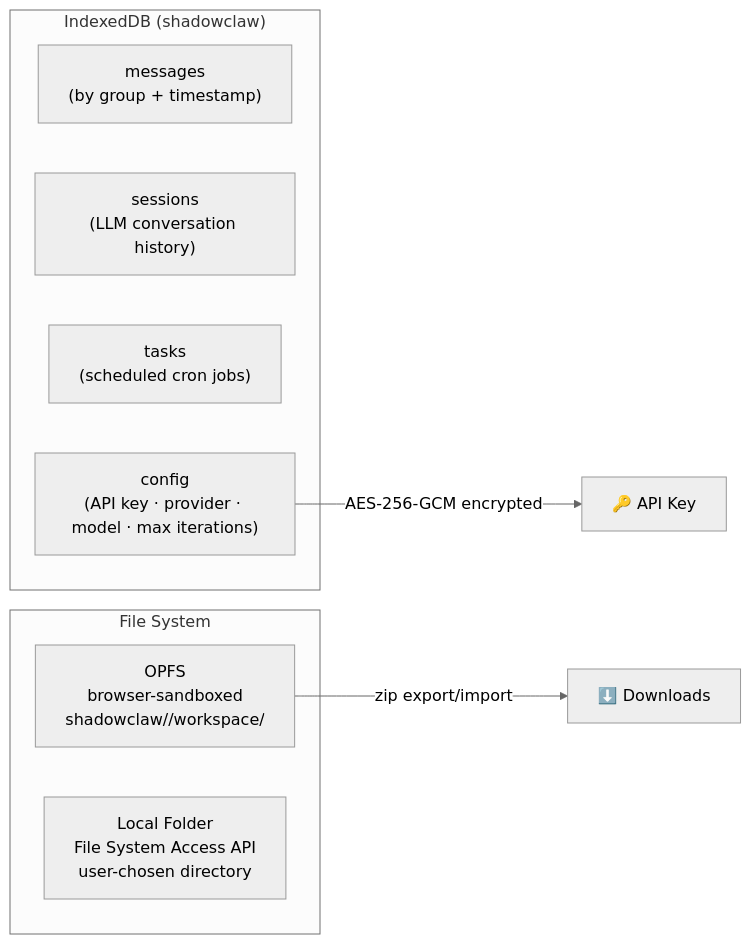
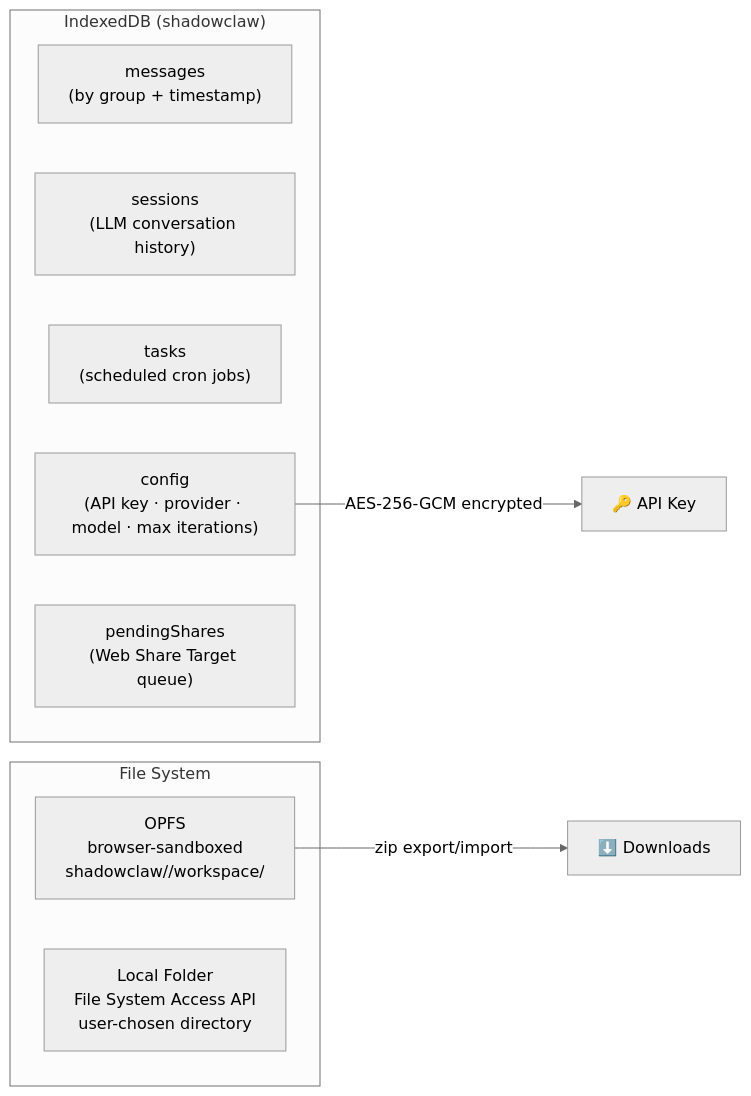
Before and after one commit to xt-ml/shadow-claw: the third of 3 diagrams in README.md, drawn with Mermaid (neutral theme). The commit also changed other lines of this file and 30 other files, not shown here.

````diff
--- a/README.md
+++ b/README.md
@@ -166,15 +169,16 @@
 ```mermaid
 graph LR
   subgraph IndexedDB ["IndexedDB (shadowclaw)"]
     messages["messages<br>(by group + timestamp)"]
     sessions["sessions<br>(LLM conversation history)"]
     tasks["tasks<br>(scheduled cron jobs)"]
     config["config<br>(API key · provider · model · max iterations)"]
+    pendingShares["pendingShares<br>(Web Share Target queue)"]
   end
   subgraph FileSystem ["File System"]
     OPFS["OPFS<br>browser-sandboxed<br>shadowclaw/<groupId>/workspace/"]
     LocalFolder["Local Folder<br>File System Access API<br>user-chosen directory"]
   end
   OPFS -->|zip export/import| Downloads["⬇️ Downloads"]
   config -->|AES-256-GCM encrypted| ApiKey["🔑 API Key"]
 ```
````
